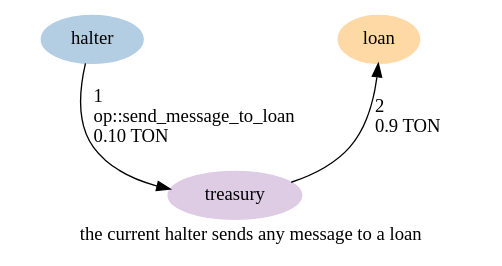
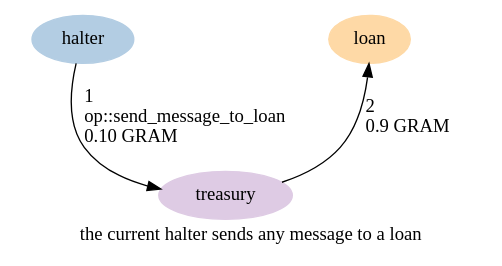
The diagram in graphs/19-send-message-to-loan.dot (HipoFinance/contract), drawn with Graphviz before and after one commit. The commit also changed 97 other files, not shown here.

First line of the commit message:
Finish the TON to GRAM and hTON to hGRAM rebrand

```diff
--- a/graphs/19-send-message-to-loan.dot
+++ b/graphs/19-send-message-to-loan.dot
@@ -1,17 +1,17 @@
 digraph {
     label="the current halter sends any message to a loan"
     node [ colorscheme=pastel19 style=filled ]
 
     /* Entities */
     halter [ color=2 ]
     treasury [ color=4 ]
     loan [ color=5 ]
 
     /* Relationships */
-    halter -> treasury [ label="1\l op::send_message_to_loan\l 0.10 TON\l" ]
-    treasury -> loan [ label="2\l 0.9 TON\l" ]
+    halter -> treasury [ label="1\l op::send_message_to_loan\l 0.10 GRAM\l" ]
+    treasury -> loan [ label="2\l 0.9 GRAM\l" ]
 
     /* Ranks */
     { rank=min halter }
     { rank=max treasury }
 }
```
